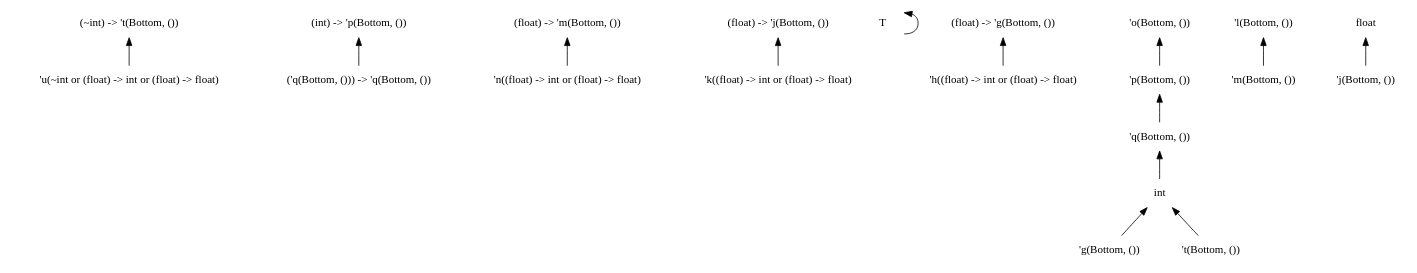
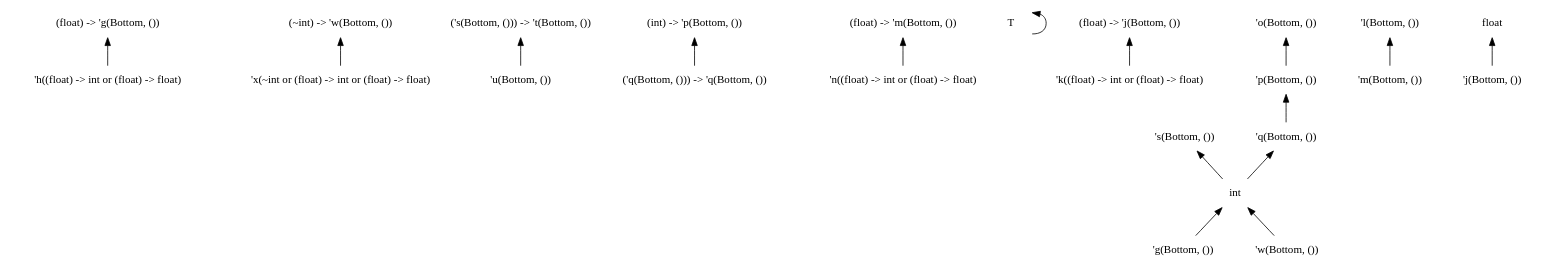
Before and after one commit to chocobo333/regino: the diagram in dots/1.dot, drawn with Graphviz. The commit also changed 38 other files, not shown here.

```diff
--- a/dots/1.dot
+++ b/dots/1.dot
@@ -1,45 +1,50 @@
 digraph order {
   graph [
     size = "30,10"
     ];
   node [
     shape = none
     ];
   edge [
     dir = back
     ];
-  "(~int) -> 't(Bottom, ())"
+  "(float) -> 'g(Bottom, ())"
+  "(~int) -> 'w(Bottom, ())"
+  "('s(Bottom, ())) -> 't(Bottom, ())"
   "(int) -> 'p(Bottom, ())"
   "(float) -> 'm(Bottom, ())"
-  "(float) -> 'j(Bottom, ())"
   "T"
+  "'x(~int or (float) -> int or (float) -> float)"
   "'h((float) -> int or (float) -> float)"
   "'k((float) -> int or (float) -> float)"
   "'n((float) -> int or (float) -> float)"
+  "'u(Bottom, ())"
   "'p(Bottom, ())"
   "'q(Bottom, ())"
   "'m(Bottom, ())"
   "'j(Bottom, ())"
   "'g(Bottom, ())"
-  "'t(Bottom, ())"
+  "'w(Bottom, ())"
+  "'s(Bottom, ())"
   "'o(Bottom, ())"
   "'l(Bottom, ())"
-  "'u(~int or (float) -> int or (float) -> float)"
   "float"
   "int"
   "('q(Bottom, ())) -> 'q(Bottom, ())"
-  "(float) -> 'g(Bottom, ())"
+  "(float) -> 'j(Bottom, ())"
+  "(int) -> 'p(Bottom, ())" -> "('q(Bottom, ())) -> 'q(Bottom, ())"
   "(float) -> 'm(Bottom, ())" -> "'n((float) -> int or (float) -> float)"
   "(float) -> 'j(Bottom, ())" -> "'k((float) -> int or (float) -> float)"
   "(float) -> 'g(Bottom, ())" -> "'h((float) -> int or (float) -> float)"
   "T" -> "T"
   "float" -> "'j(Bottom, ())"
+  "'s(Bottom, ())" -> "int"
+  "int" -> "'g(Bottom, ())"
+  "int" -> "'w(Bottom, ())"
   "'o(Bottom, ())" -> "'p(Bottom, ())"
-  "int" -> "'g(Bottom, ())"
-  "int" -> "'t(Bottom, ())"
   "'q(Bottom, ())" -> "int"
   "'p(Bottom, ())" -> "'q(Bottom, ())"
   "'l(Bottom, ())" -> "'m(Bottom, ())"
-  "(~int) -> 't(Bottom, ())" -> "'u(~int or (float) -> int or (float) -> float)"
-  "(int) -> 'p(Bottom, ())" -> "('q(Bottom, ())) -> 'q(Bottom, ())"
+  "(~int) -> 'w(Bottom, ())" -> "'x(~int or (float) -> int or (float) -> float)"
+  "('s(Bottom, ())) -> 't(Bottom, ())" -> "'u(Bottom, ())"
 }
```
